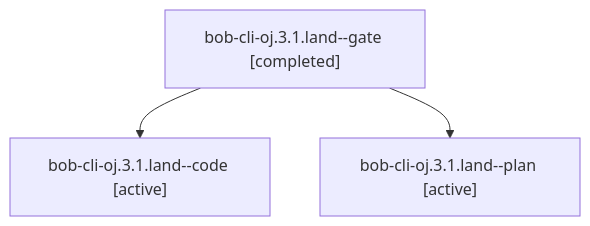
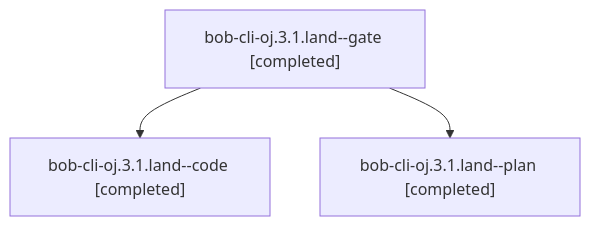
The diagram in sessions/bbugyi200.athena.bob-cli-oj.3.1.land.md (bobs-org/bob-cli--agents), drawn with Mermaid before and after one commit. The commit also changed other lines of this file and 42 other files, not shown here.

````diff
--- a/sessions/bbugyi200.athena.bob-cli-oj.3.1.land.md
+++ b/sessions/bbugyi200.athena.bob-cli-oj.3.1.land.md
@@ -9,8 +9,8 @@
 ```mermaid
 flowchart TD
   n0["bob-cli-oj.3.1.land--gate [completed]"]
-  n1["bob-cli-oj.3.1.land--code [active]"]
+  n1["bob-cli-oj.3.1.land--code [completed]"]
   n0 --> n1
-  n2["bob-cli-oj.3.1.land--plan [active]"]
+  n2["bob-cli-oj.3.1.land--plan [completed]"]
   n0 --> n2
 ```
````
